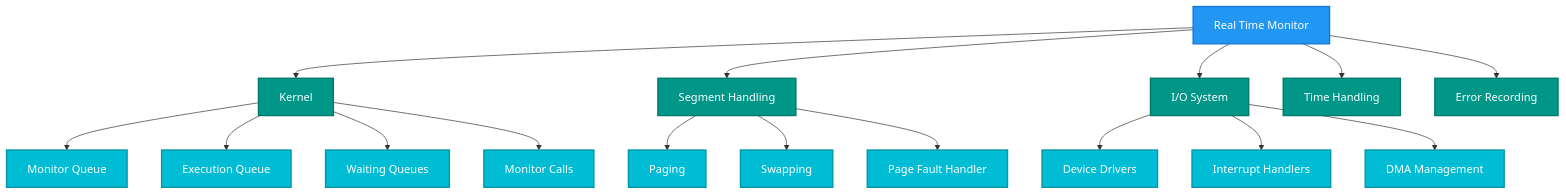
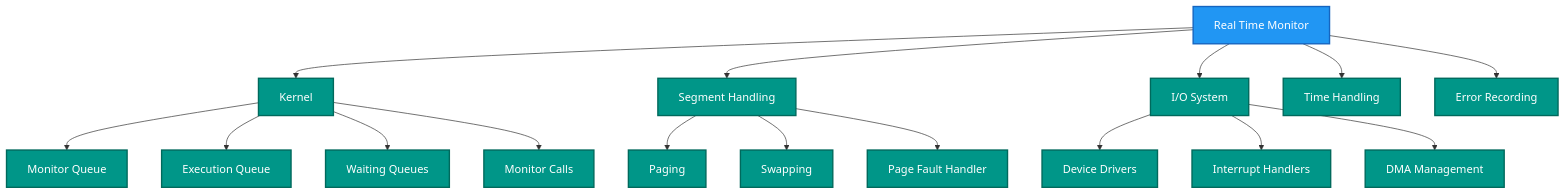
One commit to HackerCorpLabs/NDInsight changed the second of 8 diagrams in SINTRAN/OS/00-SINTRAN-ARCHITECTURE-OVERVIEW.md. Above: the diagram before and after it, drawn with Mermaid. The commit also changed other lines of this file and 19 other files, not shown here.

Commit message:
Updated Mermaid diagrams

````diff
--- a/SINTRAN/OS/00-SINTRAN-ARCHITECTURE-OVERVIEW.md
+++ b/SINTRAN/OS/00-SINTRAN-ARCHITECTURE-OVERVIEW.md
@@ -81,38 +81,38 @@
 ```mermaid
 graph TD
     RTM[Real Time Monitor] --> K[Kernel]
     RTM --> SH[Segment Handling]
     RTM --> IO[I/O System]
     RTM --> TH[Time Handling]
     RTM --> ER[Error Recording]
     
     K --> MQ[Monitor Queue]
     K --> EQ[Execution Queue]
     K --> WQ[Waiting Queues]
     K --> MC[Monitor Calls]
     
     SH --> PG[Paging]
     SH --> SW[Swapping]
     SH --> PF[Page Fault Handler]
     
     IO --> DD[Device Drivers]
     IO --> IH[Interrupt Handlers]
     IO --> DMA[DMA Management]
     
-    style RTM fill:#2196F3,stroke:#1976D2,stroke-width:2px,color:#fff
-    style K fill:#009688,stroke:#00796B,stroke-width:2px,color:#fff
-    style SH fill:#009688,stroke:#00796B,stroke-width:2px,color:#fff
-    style IO fill:#009688,stroke:#00796B,stroke-width:2px,color:#fff
-    style TH fill:#009688,stroke:#00796B,stroke-width:2px,color:#fff
-    style ER fill:#009688,stroke:#00796B,stroke-width:2px,color:#fff
-    style MQ fill:#00BCD4,stroke:#0097A7,stroke-width:2px,color:#fff
-    style EQ fill:#00BCD4,stroke:#0097A7,stroke-width:2px,color:#fff
-    style WQ fill:#00BCD4,stroke:#0097A7,stroke-width:2px,color:#fff
-    style MC fill:#00BCD4,stroke:#0097A7,stroke-width:2px,color:#fff
-    style PG fill:#00BCD4,stroke:#0097A7,stroke-width:2px,color:#fff
-    style SW fill:#00BCD4,stroke:#0097A7,stroke-width:2px,color:#fff
-    style PF fill:#00BCD4,stroke:#0097A7,stroke-width:2px,color:#fff
-    style DD fill:#00BCD4,stroke:#0097A7,stroke-width:2px,color:#fff
-    style IH fill:#00BCD4,stroke:#0097A7,stroke-width:2px,color:#fff
-    style DMA fill:#00BCD4,stroke:#0097A7,stroke-width:2px,color:#fff
+    style RTM fill:#2196F3,stroke:#1565C0,stroke-width:2px,color:#fff
+    style K fill:#009688,stroke:#00695C,stroke-width:2px,color:#fff
+    style SH fill:#009688,stroke:#00695C,stroke-width:2px,color:#fff
+    style IO fill:#009688,stroke:#00695C,stroke-width:2px,color:#fff
+    style TH fill:#009688,stroke:#00695C,stroke-width:2px,color:#fff
+    style ER fill:#009688,stroke:#00695C,stroke-width:2px,color:#fff
+    style MQ fill:#009688,stroke:#00695C,stroke-width:2px,color:#fff
+    style EQ fill:#009688,stroke:#00695C,stroke-width:2px,color:#fff
+    style WQ fill:#009688,stroke:#00695C,stroke-width:2px,color:#fff
+    style MC fill:#009688,stroke:#00695C,stroke-width:2px,color:#fff
+    style PG fill:#009688,stroke:#00695C,stroke-width:2px,color:#fff
+    style SW fill:#009688,stroke:#00695C,stroke-width:2px,color:#fff
+    style PF fill:#009688,stroke:#00695C,stroke-width:2px,color:#fff
+    style DD fill:#009688,stroke:#00695C,stroke-width:2px,color:#fff
+    style IH fill:#009688,stroke:#00695C,stroke-width:2px,color:#fff
+    style DMA fill:#009688,stroke:#00695C,stroke-width:2px,color:#fff
 ```
````
